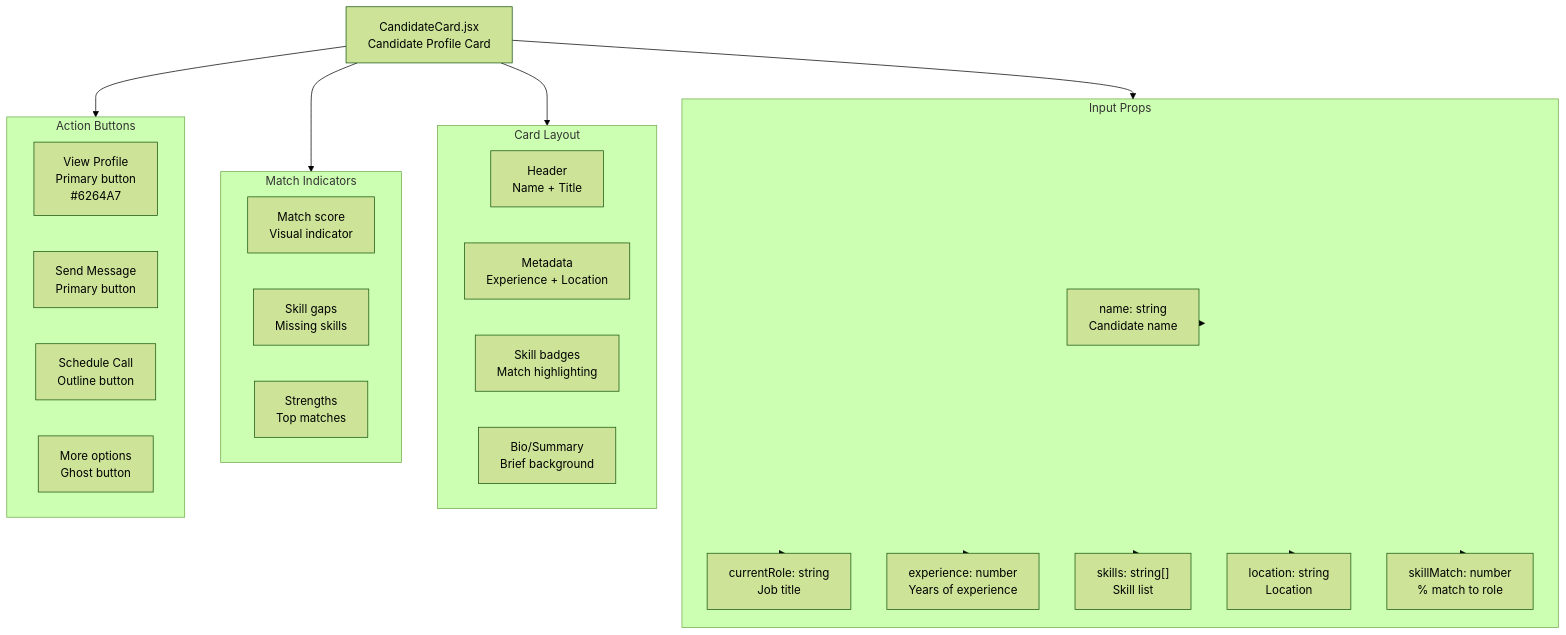
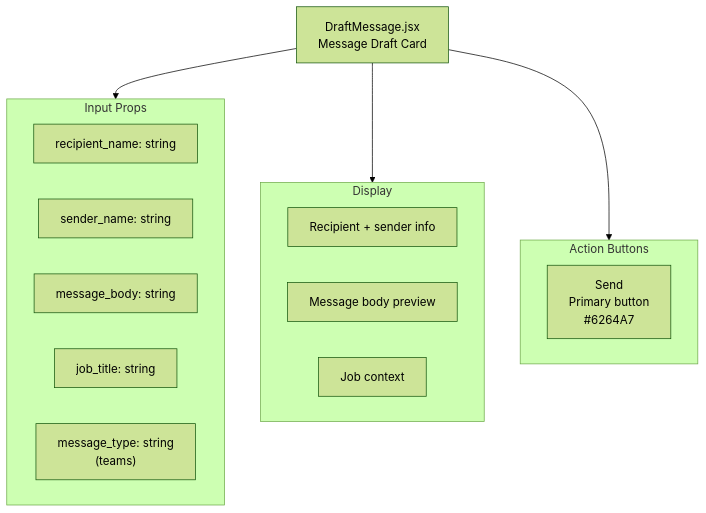
The sixth of 10 diagrams in docs/architecture/09-ui-component-tree.md (savipk/autochat), drawn with Mermaid (forest theme) before and after one commit. The commit also changed other lines of this file and 27 other files, not shown here.

````diff
--- a/docs/architecture/09-ui-component-tree.md
+++ b/docs/architecture/09-ui-component-tree.md
@@ -207,45 +201,26 @@
 ```mermaid
 graph TB
-    CandidateCard["CandidateCard.jsx<br/>Candidate Profile Card"]
+    DraftMessage["DraftMessage.jsx<br/>Message Draft Card"]
 
     subgraph Data["Input Props"]
-        Name["name: string<br/>Candidate name"]
-        Title["currentRole: string<br/>Job title"]
-        Experience["experience: number<br/>Years of experience"]
-        Skills["skills: string[]<br/>Skill list"]
-        Location["location: string<br/>Location"]
-        SkillMatch["skillMatch: number<br/>% match to role"]
+        RecipientName["recipient_name: string"]
+        SenderName["sender_name: string"]
+        MessageBody["message_body: string"]
+        JobTitle["job_title: string"]
+        MessageType["message_type: string<br/>(teams)"]
     end
 
-    subgraph Layout["Card Layout"]
-        Header["Header<br/>Name + Title"]
-        Meta["Metadata<br/>Experience + Location"]
-        SkillBadges["Skill badges<br/>Match highlighting"]
-        Bio["Bio/Summary<br/>Brief background"]
-    end
-
-    subgraph Indicators["Match Indicators"]
-        MatchScore["Match score<br/>Visual indicator"]
-        GapAnalysis["Skill gaps<br/>Missing skills"]
-        Strengths["Strengths<br/>Top matches"]
+    subgraph Display["Display"]
+        Header["Recipient + sender info"]
+        Body["Message body preview"]
+        Context["Job context"]
     end
 
     subgraph Buttons["Action Buttons"]
-        ViewProfileBtn["View Profile<br/>Primary button<br/>#6264A7"]
-        ContactBtn["Send Message<br/>Primary button"]
-        ScheduleBtn["Schedule Call<br/>Outline button"]
-        MoreBtn["More options<br/>Ghost button"]
+        SendBtn["Send<br/>Primary button<br/>#6264A7"]
     end
 
-    CandidateCard --> Data
-    Data --> Name
-    Data --> Title
-    Data --> Experience
-    Data --> Skills
-    Data --> Location
-    Data --> SkillMatch
-
-    CandidateCard --> Layout
-    CandidateCard --> Indicators
-    CandidateCard --> Buttons
+    DraftMessage --> Data
+    DraftMessage --> Display
+    DraftMessage --> Buttons
 ```
````
